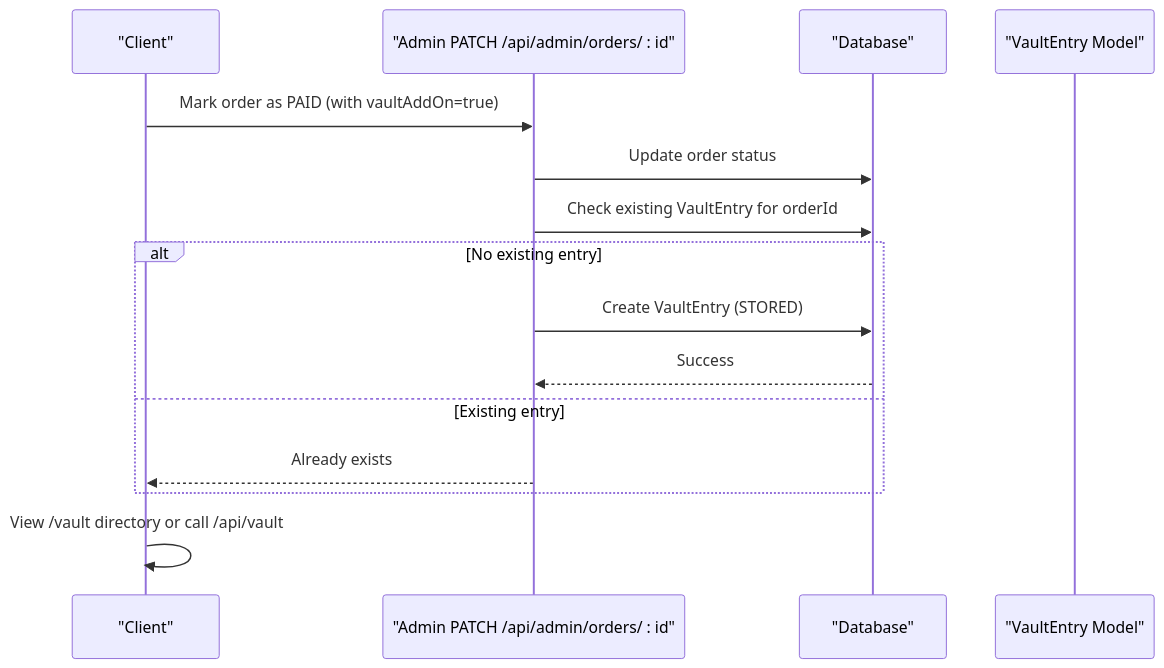
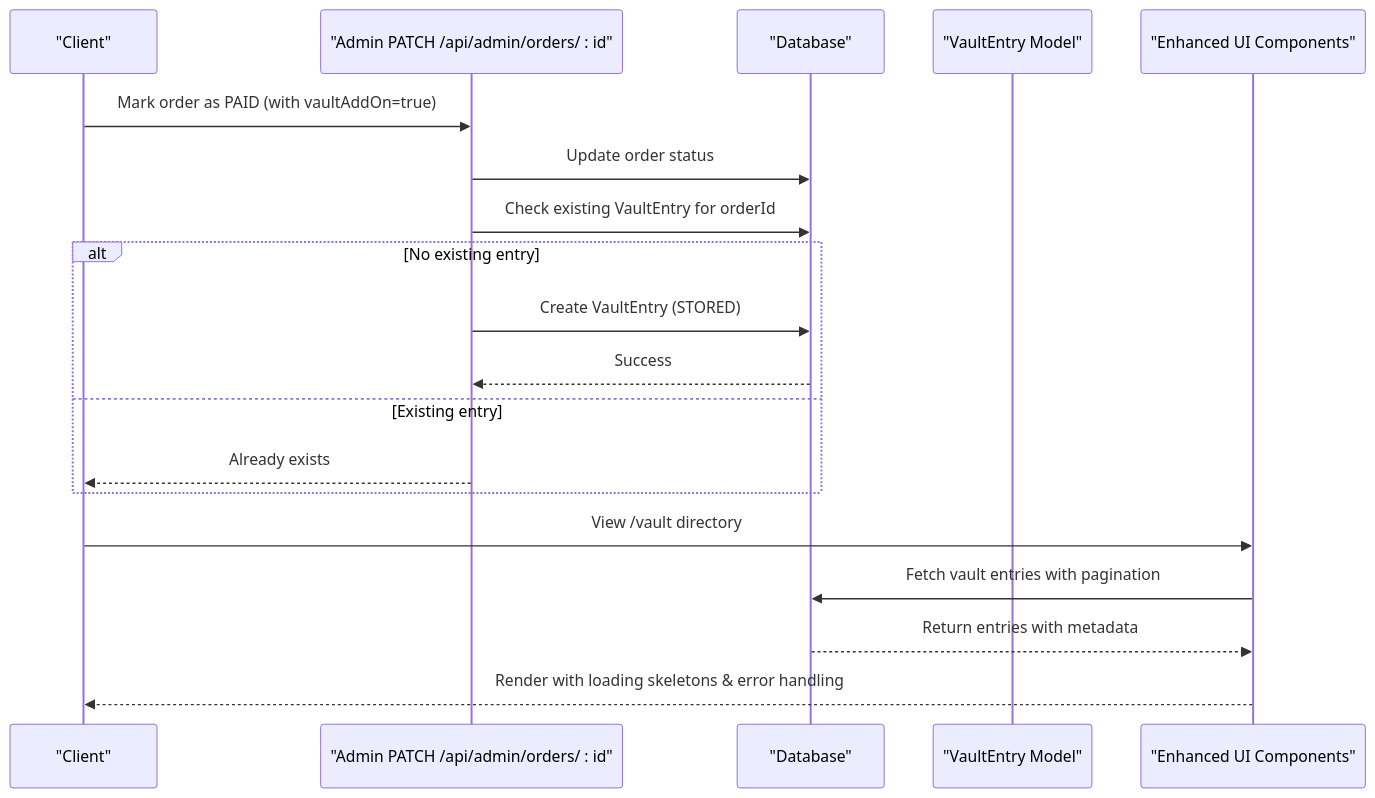
One commit to Crowdspender/titchybooks-app changed the second of 4 diagrams in .qoder/repowiki/en/content/User Dashboard/Vault Storage System.md. Above: the diagram before and after it, drawn with Mermaid. The commit also changed other lines of this file and 23 other files, not shown here.

Commit message:
fix: address CodeRabbit review findings (docs accuracy, error UI, editor history, render snapshot)

````diff
--- a/.qoder/repowiki/en/content/User Dashboard/Vault Storage System.md
+++ b/.qoder/repowiki/en/content/User Dashboard/Vault Storage System.md
@@ -116,17 +149,21 @@
 ```mermaid
 sequenceDiagram
 participant Client as "Client"
 participant AdminAPI as "Admin PATCH /api/admin/orders/ : id"
 participant DB as "Database"
 participant VaultModel as "VaultEntry Model"
+participant UI as "Enhanced UI Components"
 Client->>AdminAPI : Mark order as PAID (with vaultAddOn=true)
 AdminAPI->>DB : Update order status
 AdminAPI->>DB : Check existing VaultEntry for orderId
 alt No existing entry
 AdminAPI->>DB : Create VaultEntry (STORED)
 DB-->>AdminAPI : Success
 else Existing entry
 AdminAPI-->>Client : Already exists
 end
-Client->>Client : View /vault directory or call /api/vault
+Client->>UI : View /vault directory
+UI->>DB : Fetch vault entries with pagination
+DB-->>UI : Return entries with metadata
+UI-->>Client : Render with loading skeletons & error handling
 ```
````
